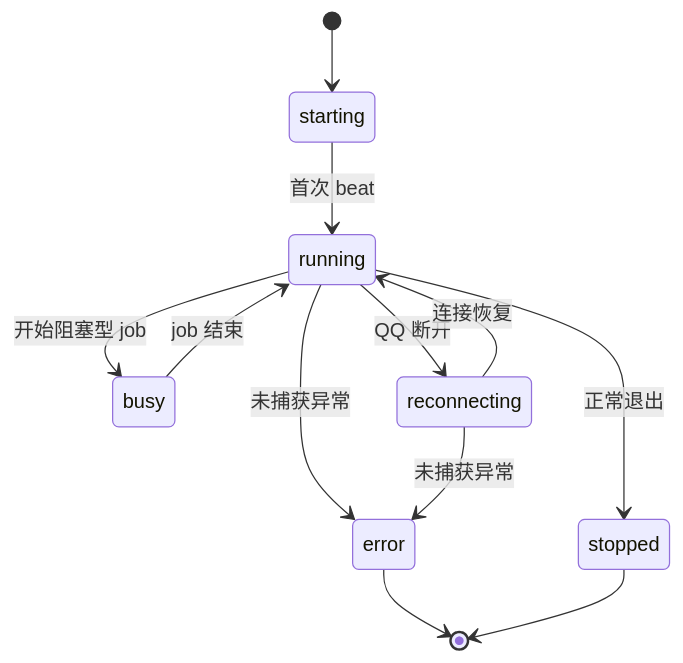
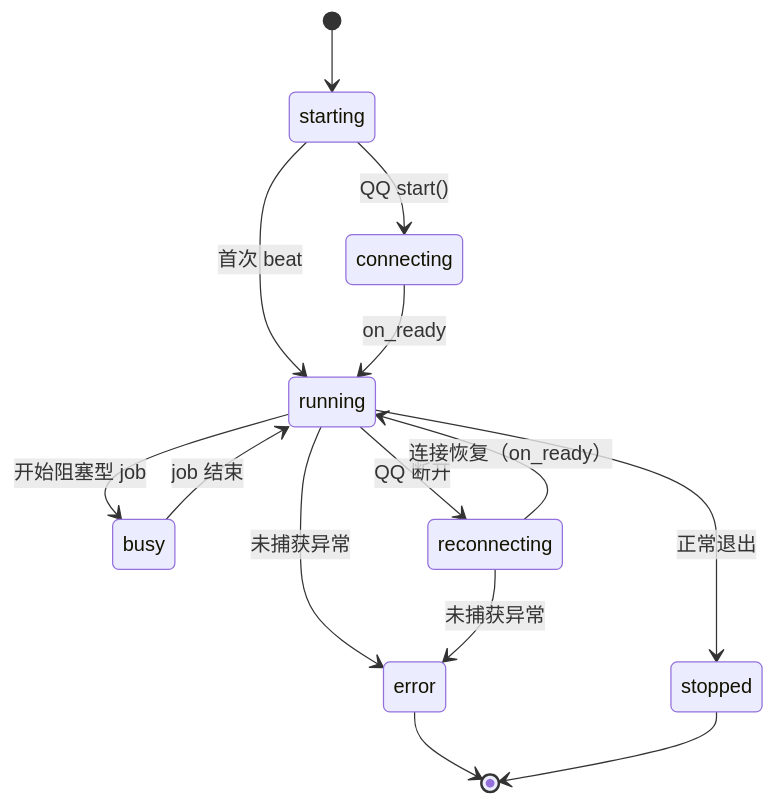
The second of 3 diagrams in apps/withlanggraph/docs/observability-design.md (weweaq/monoRepo), drawn with Mermaid before and after one commit. The commit also changed other lines of this file and 3 other files, not shown here.

````diff
--- a/apps/withlanggraph/docs/observability-design.md
+++ b/apps/withlanggraph/docs/observability-design.md
@@ -167,14 +167,16 @@
 ```mermaid
 stateDiagram-v2
     [*] --> starting
     starting --> running: 首次 beat
+    starting --> connecting: QQ start()
+    connecting --> running: on_ready
     running --> busy: 开始阻塞型 job
     busy --> running: job 结束
     running --> reconnecting: QQ 断开
-    reconnecting --> running: 连接恢复
+    reconnecting --> running: 连接恢复（on_ready）
     running --> stopped: 正常退出
     running --> error: 未捕获异常
     reconnecting --> error: 未捕获异常
     error --> [*]
     stopped --> [*]
 ```
````
